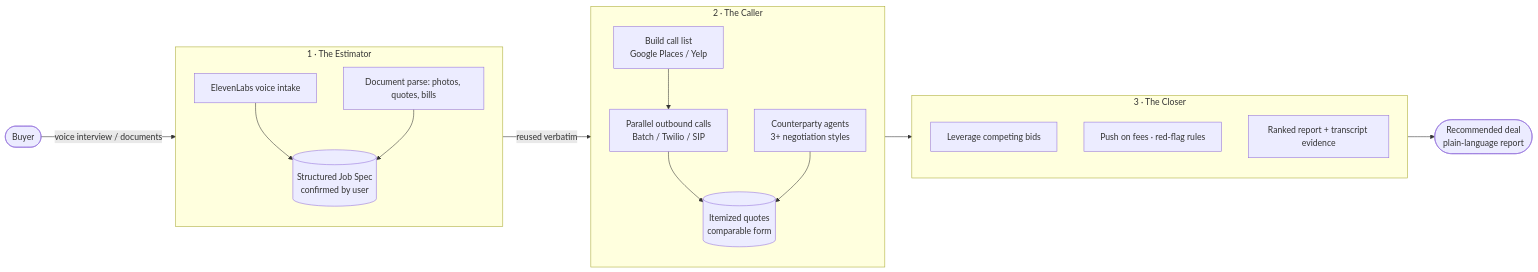
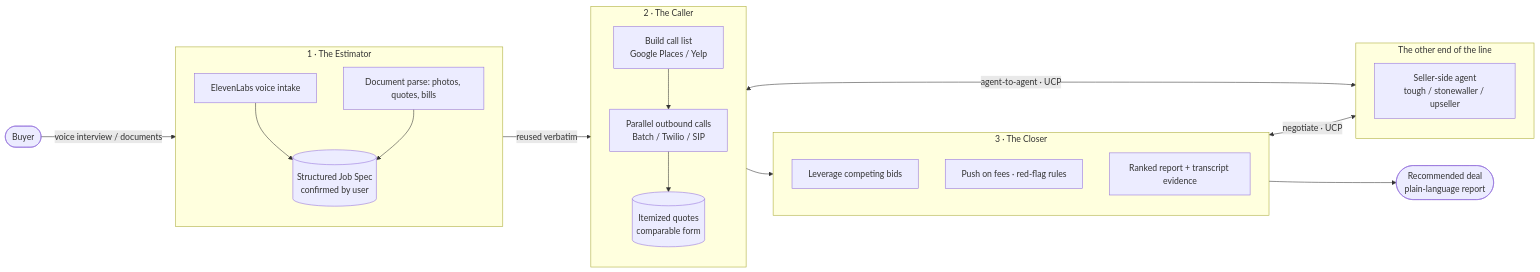
One commit to ColeLeng/the-negotiator changed the diagram in README.md. Above: the diagram before and after it, drawn with Mermaid. The commit also changed other lines of this file and 7 other files, not shown here.

First line of the commit message:
Add seller-side agent (Ella) + assign roles; UCP agent-to-agent framing

````diff
--- a/README.md
+++ b/README.md
@@ -27,27 +27,31 @@
 ```mermaid
 flowchart LR
     U([Buyer]) -->|voice interview / documents| E
     subgraph E[1 · The Estimator]
       direction TB
       E1[ElevenLabs voice intake]
       E2[Document parse: photos, quotes, bills]
       E1 & E2 --> JS[(Structured Job Spec\nconfirmed by user)]
     end
     JS -->|reused verbatim| C
     subgraph C[2 · The Caller]
       direction TB
       C1[Build call list\nGoogle Places / Yelp]
       C2[Parallel outbound calls\nBatch / Twilio / SIP]
-      C3[Counterparty agents\n3+ negotiation styles]
       C1 --> C2 --> Q[(Itemized quotes\ncomparable form)]
-      C3 --> Q
     end
     Q --> CL
     subgraph CL[3 · The Closer]
       direction TB
       CL1[Leverage competing bids]
       CL2[Push on fees · red-flag rules]
       CL3[Ranked report + transcript evidence]
     end
     CL --> R([Recommended deal\nplain-language report])
+    subgraph S[The other end of the line]
+      direction TB
+      S1[Seller-side agent\ntough / stonewaller / upseller]
+    end
+    C2 <-->|agent-to-agent · UCP| S1
+    CL1 <-->|negotiate · UCP| S1
 ```
````
